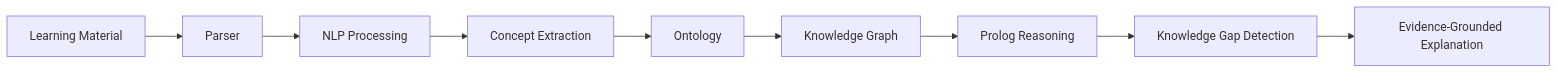
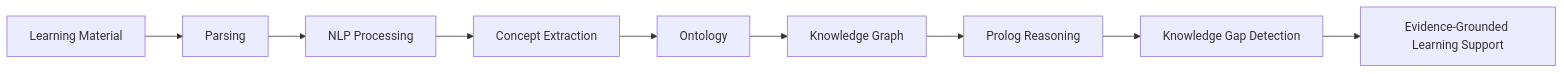
The fourth of 8 diagrams in README.md (ANG-KUNG-TANG/ai-study-ass), drawn with Mermaid before and after one commit. The commit also changed other lines of this file, not shown here.

````diff
--- a/README.md
+++ b/README.md
@@ -472,21 +261,11 @@
 ```mermaid
 flowchart LR
-    A[Learning Material]
-    B[Parser]
-    C[NLP Processing]
-    D[Concept Extraction]
-    E[Ontology]
-    F[Knowledge Graph]
-    G[Prolog Reasoning]
-    H[Knowledge Gap Detection]
-    I[Evidence-Grounded Explanation]
-
-    A --> B
-    B --> C
-    C --> D
-    D --> E
-    E --> F
-    F --> G
-    G --> H
-    H --> I
+    A[Learning Material] --> B[Parsing]
+    B --> C[NLP Processing]
+    C --> D[Concept Extraction]
+    D --> E[Ontology]
+    E --> F[Knowledge Graph]
+    F --> G[Prolog Reasoning]
+    G --> H[Knowledge Gap Detection]
+    H --> I[Evidence-Grounded Learning Support]
 ```
````
